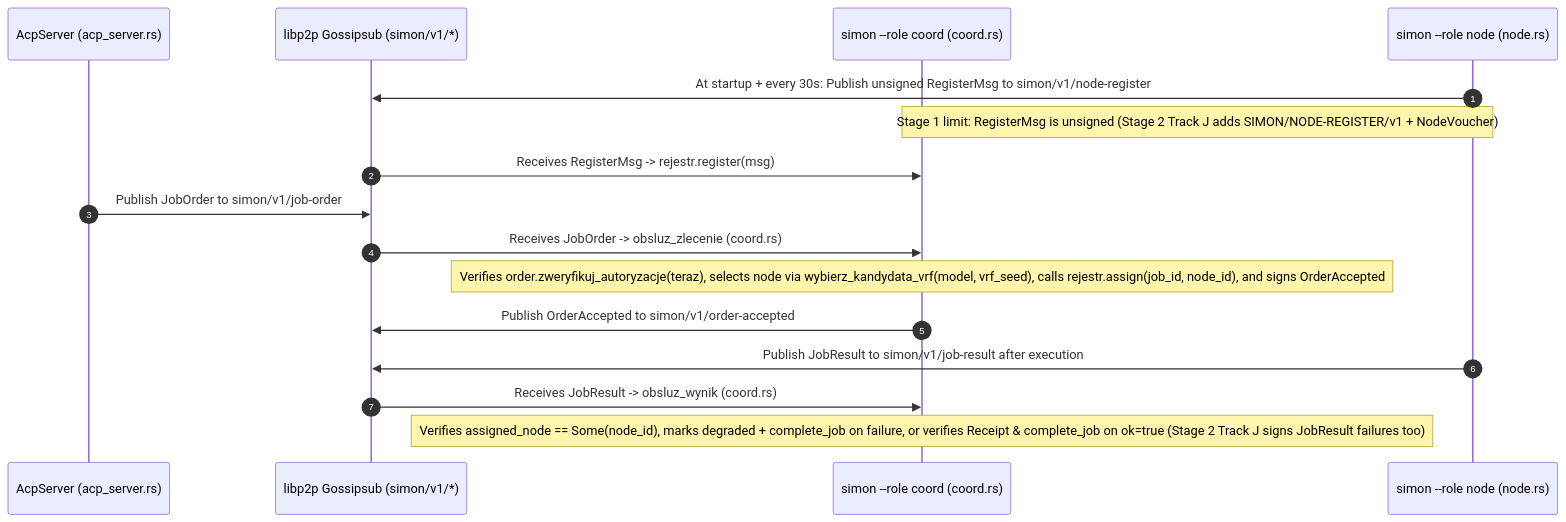
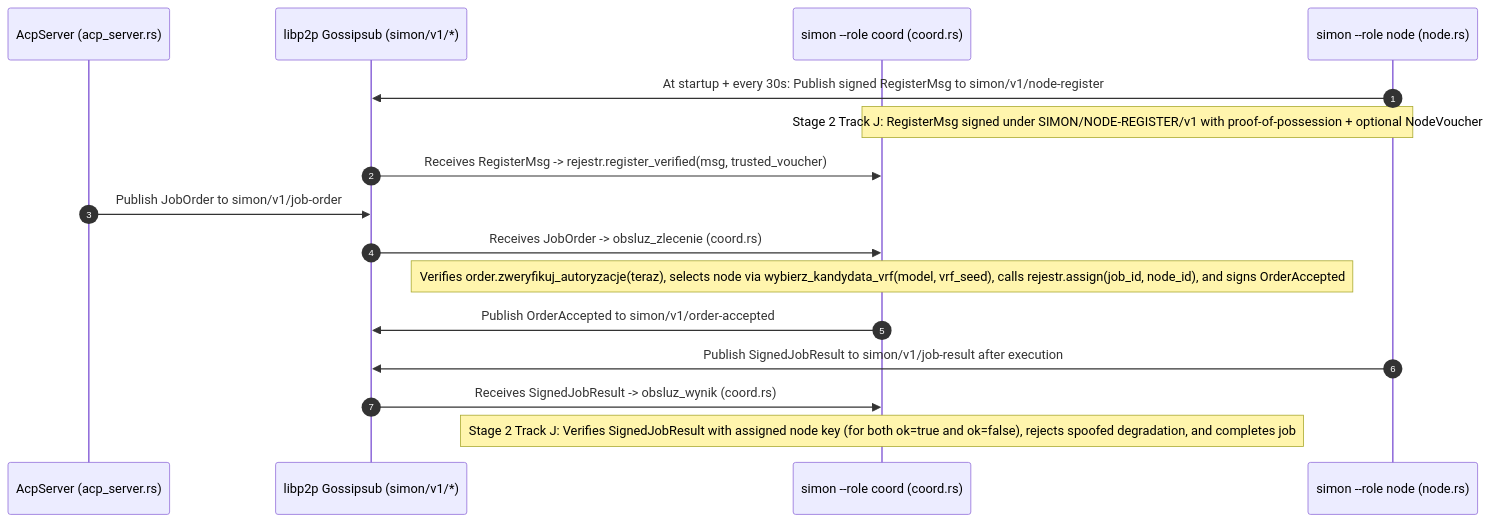
One commit to filipzarzynski/SIMPN_ARGON_HANDOWER changed the third of 5 diagrams in 01_ARCHITECTURE_AND_DATA_FLOWS.md. Above: the diagram before and after it, drawn with Mermaid. The commit also changed other lines of this file and 8 other files, not shown here.

Commit message:
docs(handover): align roadmap, architecture briefs, and agent orchestrator for Stage 2 completion in PR #9 and Stage 3 readiness off 82baa8e

````diff
--- a/01_ARCHITECTURE_AND_DATA_FLOWS.md
+++ b/01_ARCHITECTURE_AND_DATA_FLOWS.md
@@ -87,19 +87,19 @@
 ```mermaid
 sequenceDiagram
     autonumber
     participant ACP as AcpServer (acp_server.rs)
     participant Gossip as libp2p Gossipsub (simon/v1/*)
     participant Coord as simon --role coord (coord.rs)
     participant Node as simon --role node (node.rs)
 
-    Node->>Gossip: At startup + every 30s: Publish unsigned RegisterMsg to simon/v1/node-register
-    Note over Node,Coord: Stage 1 limit: RegisterMsg is unsigned (Stage 2 Track J adds SIMON/NODE-REGISTER/v1 + NodeVoucher)
-    Gossip->>Coord: Receives RegisterMsg -> rejestr.register(msg)
+    Node->>Gossip: At startup + every 30s: Publish signed RegisterMsg to simon/v1/node-register
+    Note over Node,Coord: Stage 2 Track J: RegisterMsg signed under SIMON/NODE-REGISTER/v1 with proof-of-possession + optional NodeVoucher
+    Gossip->>Coord: Receives RegisterMsg -> rejestr.register_verified(msg, trusted_voucher)
     ACP->>Gossip: Publish JobOrder to simon/v1/job-order
     Gossip->>Coord: Receives JobOrder -> obsluz_zlecenie (coord.rs)
     Note over Coord: Verifies order.zweryfikuj_autoryzacje(teraz), selects node via wybierz_kandydata_vrf(model, vrf_seed), calls rejestr.assign(job_id, node_id), and signs OrderAccepted
     Coord->>Gossip: Publish OrderAccepted to simon/v1/order-accepted
-    Node->>Gossip: Publish JobResult to simon/v1/job-result after execution
-    Gossip->>Coord: Receives JobResult -> obsluz_wynik (coord.rs)
-    Note over Coord: Verifies assigned_node == Some(node_id), marks degraded + complete_job on failure, or verifies Receipt & complete_job on ok=true (Stage 2 Track J signs JobResult failures too)
+    Node->>Gossip: Publish SignedJobResult to simon/v1/job-result after execution
+    Gossip->>Coord: Receives SignedJobResult -> obsluz_wynik (coord.rs)
+    Note over Coord: Stage 2 Track J: Verifies SignedJobResult with assigned node key (for both ok=true and ok=false), rejects spoofed degradation, and completes job
 ```
````
